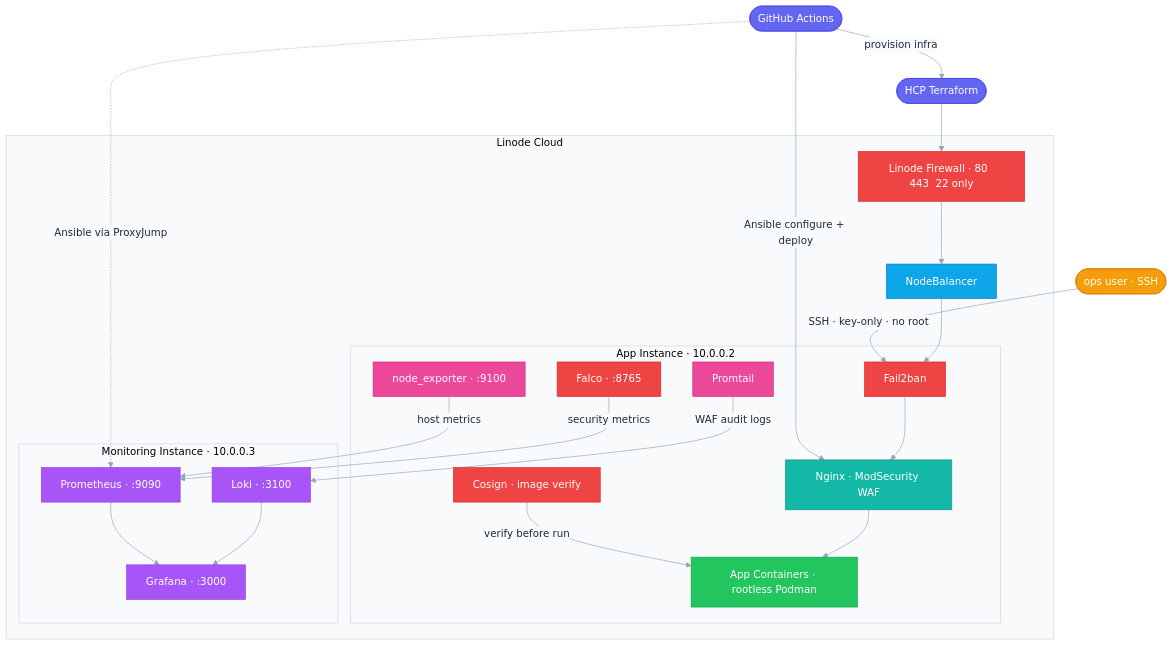
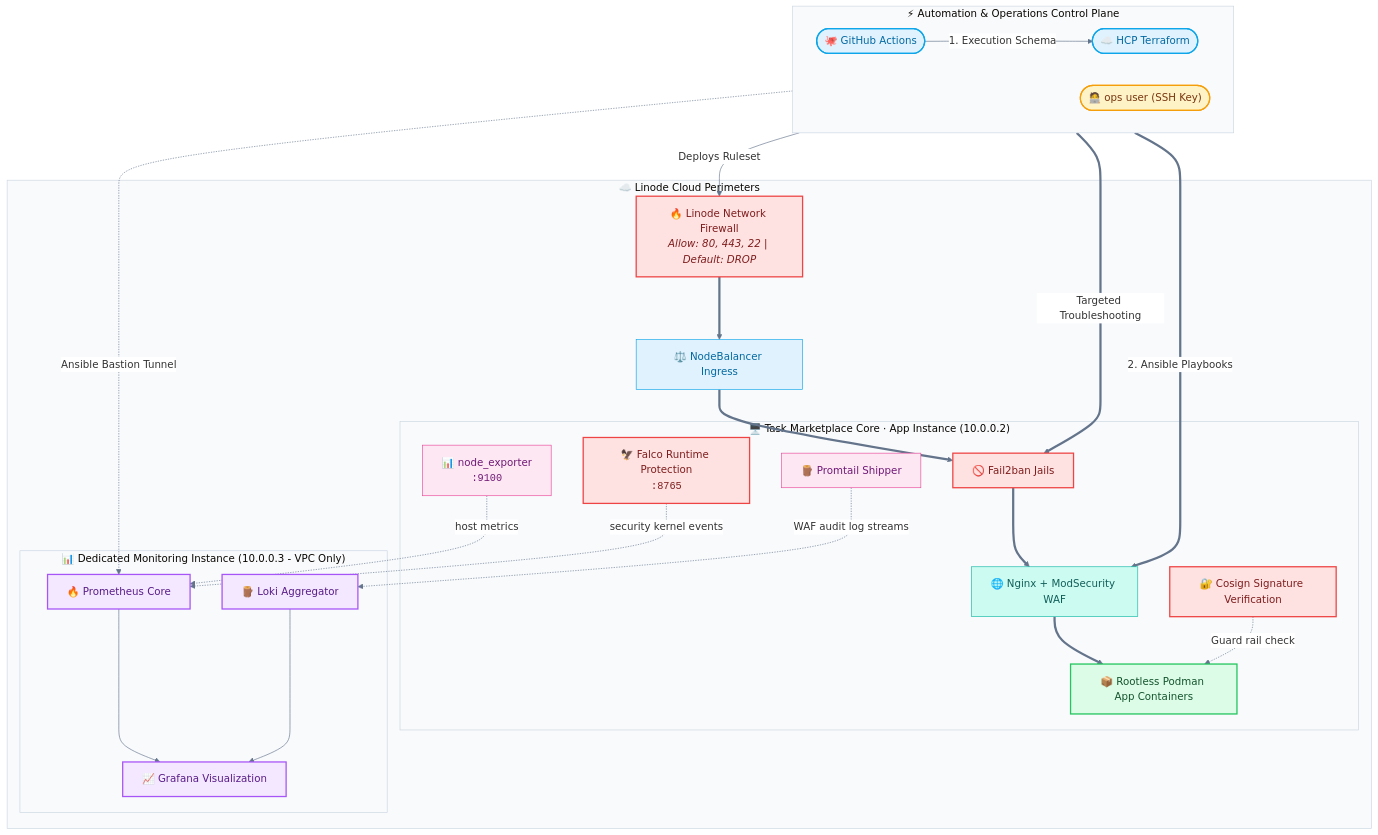
Before and after one commit to kennethatria/myGuy: the second of 2 diagrams in README.md, drawn with Mermaid. The commit also changed other lines of this file, not shown here.

Commit message:
docs: improve diagrams

````diff
--- a/README.md
+++ b/README.md
@@ -69,54 +78,66 @@
 ```mermaid
-%%{init: {'theme': 'base', 'themeVariables': {'primaryColor': '#ffffff', 'primaryBorderColor': '#cbd5e1', 'primaryTextColor': '#1e293b', 'clusterBkg': '#f8fafc', 'clusterBorder': '#cbd5e1', 'edgeLabelBackground': '#f8fafc', 'lineColor': '#94a3b8'}}}%%
+%%{init: {'theme': 'base', 'themeVariables': {'clusterBkg': '#f8fafc', 'clusterBorder': '#cbd5e1', 'edgeLabelBackground': '#ffffff', 'lineColor': '#64748b'}}}%%
 
 graph TB
-    classDef external   fill:#6366f1,stroke:#4f46e5,color:#fff
-    classDef lb         fill:#0ea5e9,stroke:#0284c7,color:#fff
-    classDef security   fill:#ef4444,stroke:#dc2626,color:#fff
-    classDef gateway    fill:#14b8a6,stroke:#0d9488,color:#fff
-    classDef service    fill:#22c55e,stroke:#16a34a,color:#fff
-    classDef monitoring fill:#a855f7,stroke:#9333ea,color:#fff
-    classDef telemetry  fill:#ec4899,stroke:#db2777,color:#fff
-    classDef user       fill:#f59e0b,stroke:#d97706,color:#fff
+    %% Custom Infrastructure & Security Styling
+    classDef automation fill:#e0f2fe,stroke:#0ea5e9,color:#0369a1,stroke-width:2px;
+    classDef admin      fill:#fef3c7,stroke:#f59e0b,color:#78350f,stroke-width:2px;
+    classDef security   fill:#fee2e2,stroke:#ef4444,color:#7f1d1d,stroke-width:2px;
+    classDef lb         fill:#e0f2fe,stroke:#0ea5e9,color:#0369a1,stroke-width:1px;
+    classDef gateway    fill:#ccfbf1,stroke:#14b8a6,color:#115e59,stroke-width:1px;
+    classDef runtime    fill:#dcfce7,stroke:#22c55e,color:#14532d,stroke-width:2px;
+    classDef telemetry  fill:#fce7f3,stroke:#ec4899,color:#701a75,stroke-width:1px;
+    classDef monitoring fill:#f3e8ff,stroke:#a855f7,color:#581c87,stroke-width:2px;
 
-    GHA(["GitHub Actions"]):::external
-    HCP(["HCP Terraform"]):::external
-    OPS(["ops user · SSH"]):::user
+    %% Management Entities
+    subgraph Controls ["⚡ Automation & Operations Control Plane"]
+        direction LR
+        GHA(["🐙 GitHub Actions"]):::automation
+        HCP(["☁️ HCP Terraform"]):::automation
+        OPS(["🧑‍💻 ops user (SSH Key)"]):::admin
+    end
 
-    subgraph Linode["Linode Cloud"]
-        FW["Linode Firewall · 80  443  22 only"]:::security
-        NB["NodeBalancer"]:::lb
+    %% Main Network Boundary
+    subgraph Linode["☁️ Linode Cloud Perimeters"]
+        FW["🔥 Linode Network Firewall<br/><i>Allow: 80, 443, 22 | Default: DROP</i>"]:::security
+        NB["⚖️ NodeBalancer Ingress"]:::lb
 
-        subgraph App["App Instance · 10.0.0.2"]
-            F2B["Fail2ban"]:::security
-            WAF["Nginx · ModSecurity WAF"]:::gateway
-            COSIGN["Cosign · image verify"]:::security
-            PODS["App Containers · rootless Podman"]:::service
-            FALCO["Falco · :8765"]:::security
-            NE["node_exporter · :9100"]:::telemetry
-            PROMTAIL["Promtail"]:::telemetry
+        subgraph App["🖥️ Task Marketplace Core · App Instance (10.0.0.2)"]
+            F2B["🚫 Fail2ban Jails"]:::security
+            WAF["🌐 Nginx + ModSecurity WAF"]:::gateway
+            COSIGN["🔐 Cosign Signature Verification"]:::security
+            PODS["📦 Rootless Podman App Containers"]:::runtime
+            FALCO["🦅 Falco Runtime Protection<br/><code>:8765</code>"]:::security
+            NE["📊 node_exporter<br/><code>:9100</code>"]:::telemetry
+            PROMTAIL["🪵 Promtail Shipper"]:::telemetry
         end
 
-        subgraph Mon["Monitoring Instance · 10.0.0.3"]
-            PROM["Prometheus · :9090"]:::monitoring
-            LOKI["Loki · :3100"]:::monitoring
-            GRAFANA["Grafana · :3000"]:::monitoring
+        subgraph Mon["📊 Dedicated Monitoring Instance (10.0.0.3 - VPC Only)"]
+            PROM["🔥 Prometheus Core"]:::monitoring
+            LOKI["🪵 Loki Aggregator"]:::monitoring
+            GRAFANA["📈 Grafana Visualization"]:::monitoring
         end
     end
 
-    GHA -->|provision infra| HCP
-    GHA -->|Ansible configure + deploy| WAF
-    GHA -.->|Ansible via ProxyJump| PROM
-    HCP --> FW
-    OPS -->|SSH · key-only · no root| F2B
-    FW --> NB
-    NB --> F2B
-    F2B --> WAF
-    COSIGN -->|verify before run| PODS
-    WAF --> PODS
-    NE -->|host metrics| PROM
-    FALCO -->|security metrics| PROM
-    PROMTAIL -->|WAF audit logs| LOKI
-    PROM --> GRAFANA
-    LOKI --> GRAFANA
+    %% Deployment & Provisioning Flow
+    GHA -->|1. Execution Schema| HCP
+    HCP -->|Deploys Ruleset| FW
+    GHA ==>|2. Ansible Playbooks| WAF
+    GHA -.->|Ansible Bastion Tunnel| PROM
+    OPS ==>|Targeted Troubleshooting| F2B
+
+    %% Ingress Network Routing
+    FW ==> NB
+    NB ==> F2B
+    F2B ==> WAF
+    WAF ==> PODS
+    COSIGN -.->|Guard rail check| PODS
+
+    %% Telemetry, Metrics, and Audit Logs Pipelines
+    NE -.->|host metrics| PROM
+    FALCO -.->|security kernel events| PROM
+    PROMTAIL -.->|WAF audit log streams| LOKI
+    
+    PROM ---> GRAFANA
+    LOKI ---> GRAFANA
 ```
````
